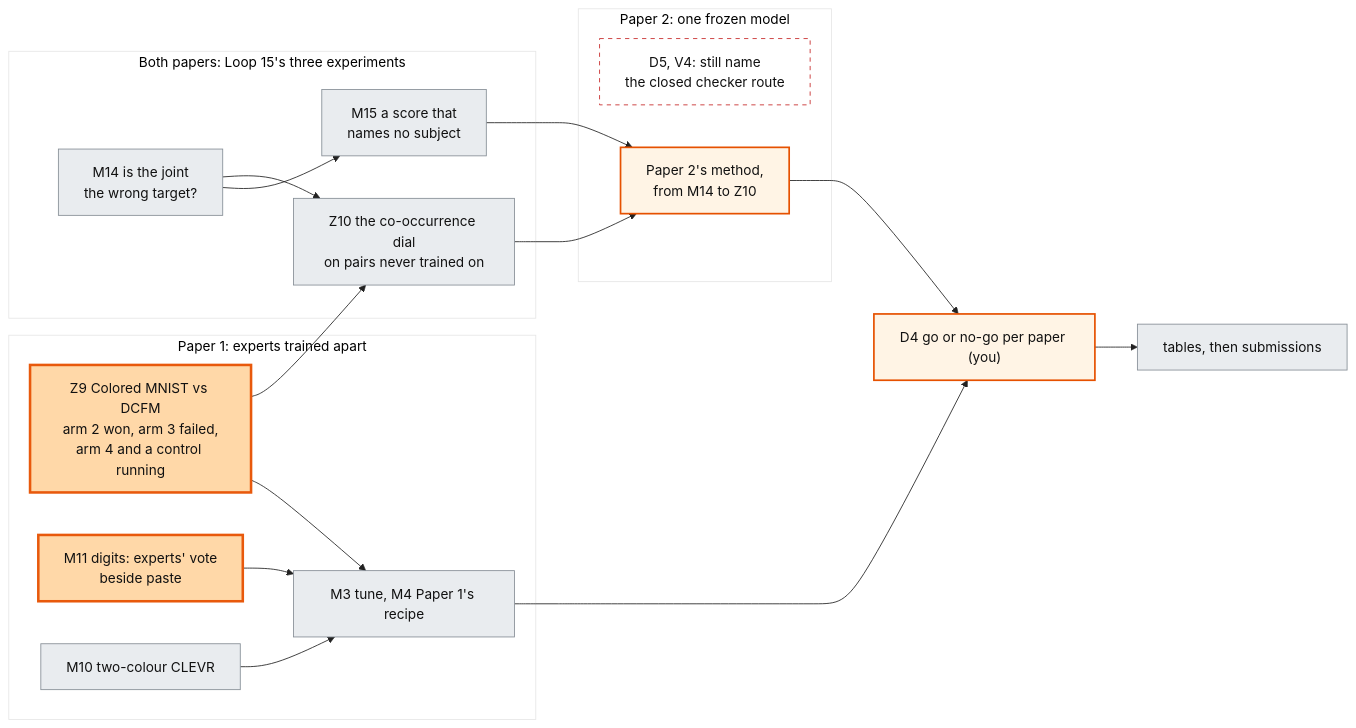
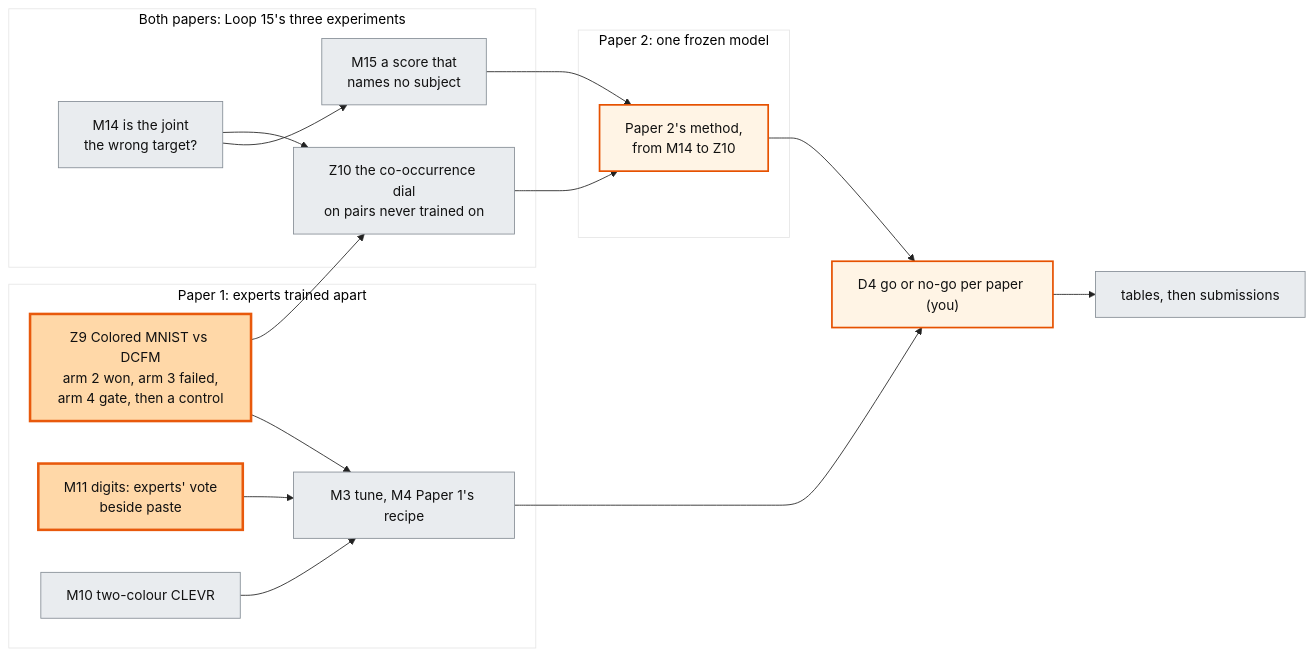
Before and after one commit to mo-rsa24/concept-composition: the diagram in artifacts/notes/progress/manager/whats-left.mmd, drawn with Mermaid. The commit also changed 1 other file, not shown here.

Commit message:
Manager: what's left, without the closed checker steps

```diff
--- a/artifacts/notes/progress/manager/whats-left.mmd
+++ b/artifacts/notes/progress/manager/whats-left.mmd
@@ -1,33 +1,32 @@
 %%{init: {'theme': 'base', 'themeVariables': {'fontFamily': 'monospace', 'primaryColor': '#ffffff', 'primaryBorderColor': '#222222', 'primaryTextColor': '#111111', 'lineColor': '#222222'}}}%%
 flowchart LR
 classDef doing fill:#ffd8a8,stroke:#e8590c,stroke-width:3px,color:#111111
 classDef todo fill:#e9ecef,stroke:#868e96,color:#111111
 classDef you fill:#fff4e5,stroke:#e65100,stroke-width:2px,color:#111111
 classDef stale fill:#ffffff,stroke:#c62828,stroke-dasharray:5 5,color:#111111
 subgraph P1["Paper 1: experts trained apart"]
-  Z9["Z9 Colored MNIST vs DCFM<br/>arm 2 won, arm 3 failed,<br/>arm 4 and a control running"]:::doing
+  Z9["Z9 Colored MNIST vs DCFM<br/>arm 2 won, arm 3 failed,<br/>arm 4 gate, then a control"]:::doing
   M11["M11 digits: experts' vote<br/>beside paste"]:::doing
   M10["M10 two-colour CLEVR"]:::todo
   M4["M3 tune, M4 Paper 1's recipe"]:::todo
   Z9 --> M4
   M11 --> M4
   M10 --> M4
 end
 subgraph BOTH["Both papers: Loop 15's three experiments"]
   M14["M14 is the joint<br/>the wrong target?"]:::todo
   M15["M15 a score that<br/>names no subject"]:::todo
   Z10["Z10 the co-occurrence dial<br/>on pairs never trained on"]:::todo
   M14 --> M15
   M14 --> Z10
 end
 subgraph P2["Paper 2: one frozen model"]
-  D5["D5, V4: still name<br/>the closed checker route"]:::stale
   R2["Paper 2's method,<br/>from M14 to Z10"]:::you
 end
 Z9 --> Z10
 Z10 --> R2
 M15 --> R2
 D4["D4 go or no-go per paper (you)"]:::you
 M4 --> D4
 R2 --> D4
 D4 --> E["tables, then submissions"]:::todo
```
